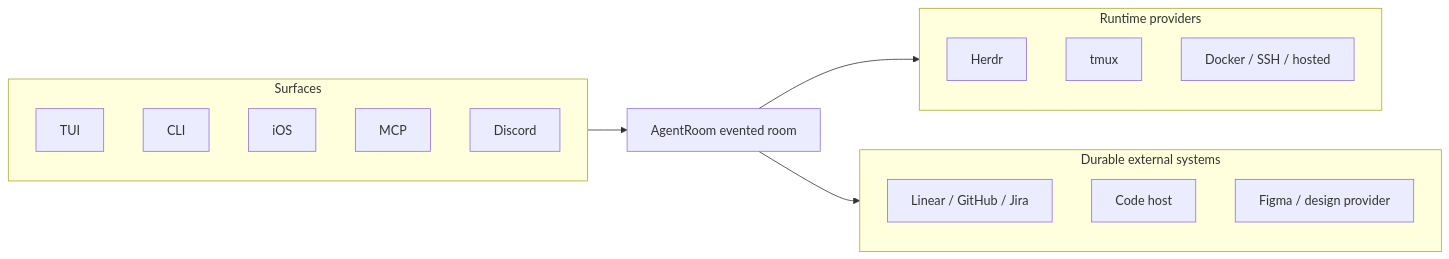
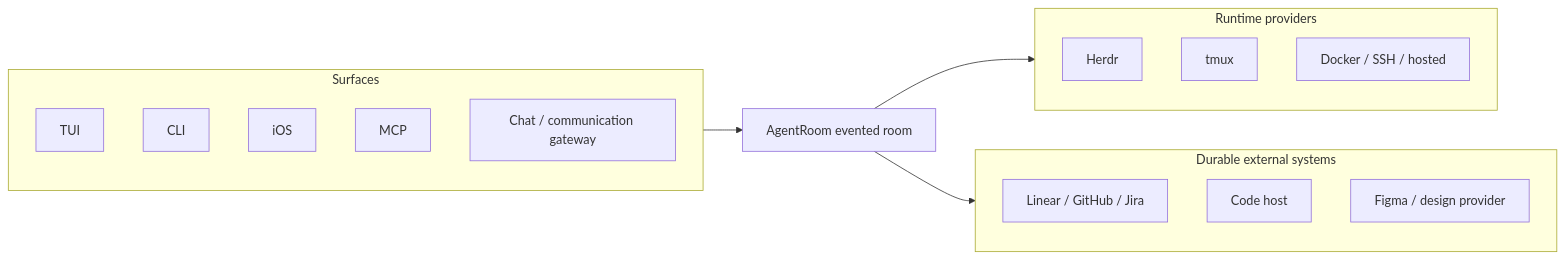
The second of 3 diagrams in docs/ECOSYSTEM.md (Volpestyle/agent-room), drawn with Mermaid before and after one commit. The commit also changed other lines of this file and 15 other files, not shown here.

````diff
--- a/docs/ECOSYSTEM.md
+++ b/docs/ECOSYSTEM.md
@@ -100,28 +103,28 @@
 ```mermaid
 flowchart LR
   subgraph surfaces["Surfaces"]
     tui["TUI"]
     cli["CLI"]
     mobile["iOS"]
     mcp["MCP"]
-    discord["Discord"]
+    gateway["Chat / communication gateway"]
   end
 
   room["AgentRoom evented room"]
 
   subgraph durable["Durable external systems"]
     tracker["Linear / GitHub / Jira"]
     code["Code host"]
     design["Figma / design provider"]
   end
 
   subgraph runtimes["Runtime providers"]
     herdr["Herdr"]
     tmux["tmux"]
     future["Docker / SSH / hosted"]
   end
 
   surfaces --> room
   room --> runtimes
   room --> durable
 ```
````
